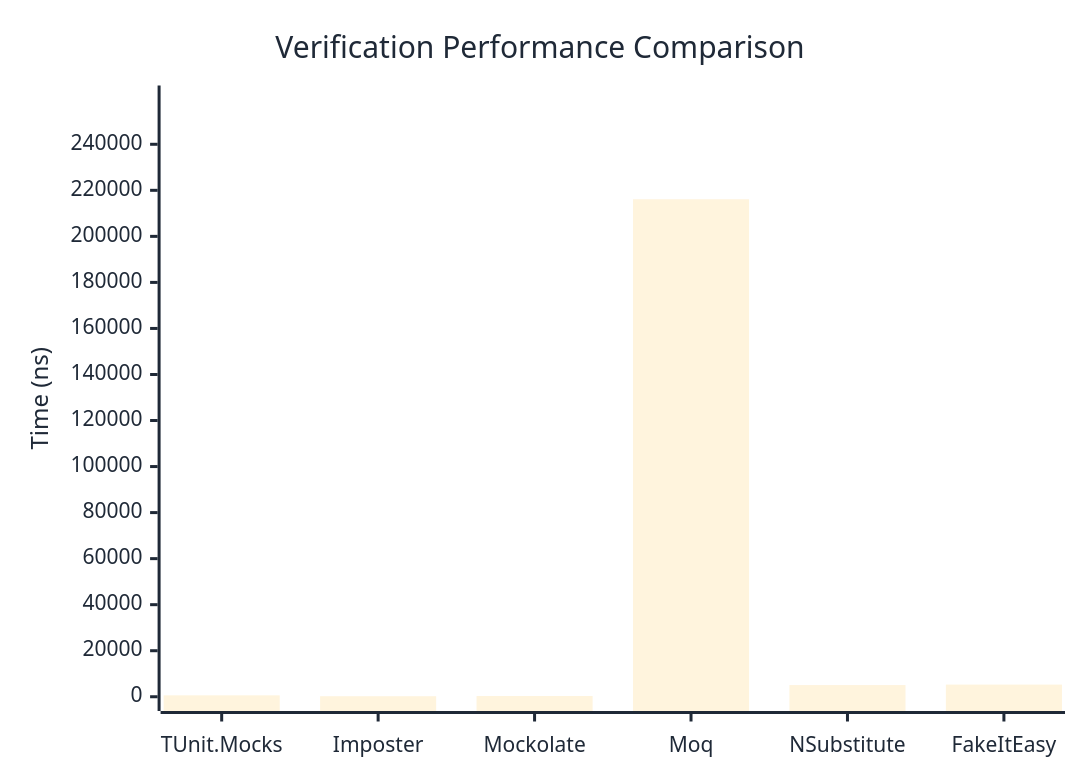
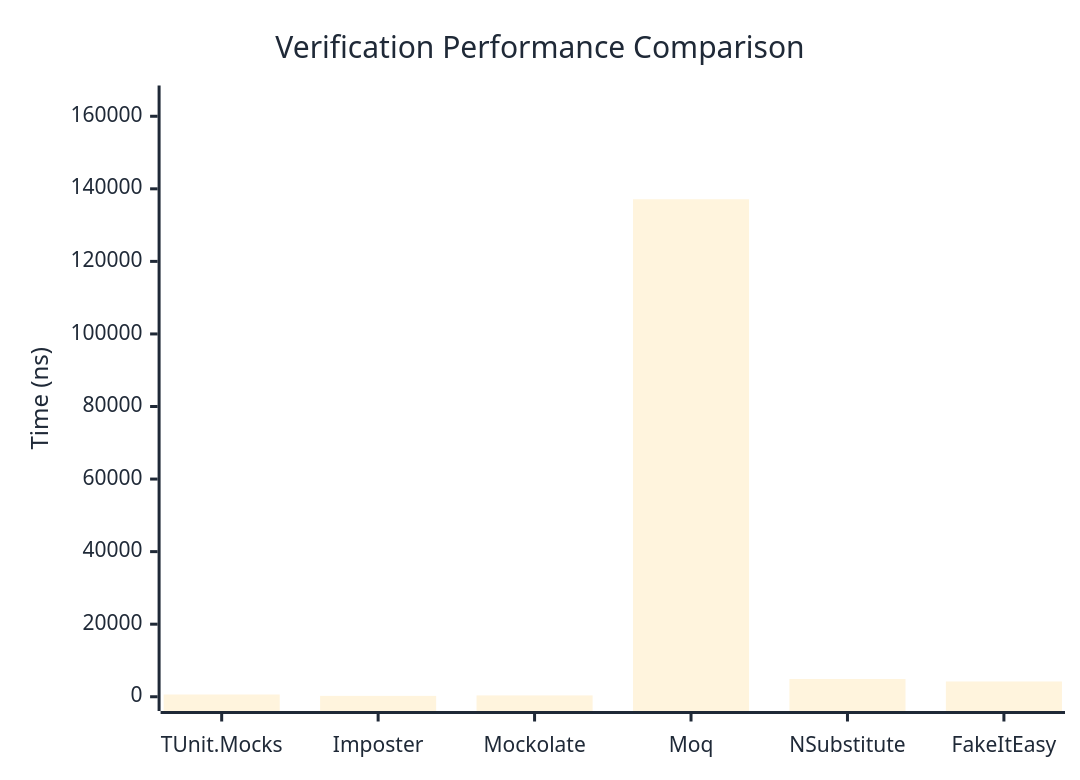
The first of 3 diagrams in docs/docs/benchmarks/mocks/Verification.md (thomhurst/TUnit), drawn with Mermaid before and after one commit. The commit also changed other lines of this file and 14 other files, not shown here.

````diff
--- a/docs/docs/benchmarks/mocks/Verification.md
+++ b/docs/docs/benchmarks/mocks/Verification.md
@@ -30,27 +30,27 @@
 ```mermaid
 %%{init: {
   'theme':'base',
   'themeVariables': {
     'primaryColor': '#2563eb',
     'primaryTextColor': '#1f2937',
     'primaryBorderColor': '#1e40af',
     'lineColor': '#6b7280',
     'secondaryColor': '#7c3aed',
     'tertiaryColor': '#dc2626',
     'background': '#ffffff',
     'pie1': '#2563eb',
     'pie2': '#7c3aed',
     'pie3': '#dc2626',
     'pie4': '#f59e0b',
     'pie5': '#10b981',
     'pie6': '#06b6d4',
     'pie7': '#ec4899',
     'pie8': '#6366f1'
   }
 }}%%
 xychart-beta
   title "Verification Performance Comparison"
   x-axis ["TUnit.Mocks", "Imposter", "Mockolate", "Moq", "NSubstitute", "FakeItEasy"]
-  y-axis "Time (ns)" 0 --> 259348
-  bar [611.05, 232.9, 320.26, 216122.59, 5076.26, 5280.18]
+  y-axis "Time (ns)" 0 --> 164552
+  bar [621.38, 243.12, 366.88, 137125.86, 4892.91, 4207.43]
 ```
````
